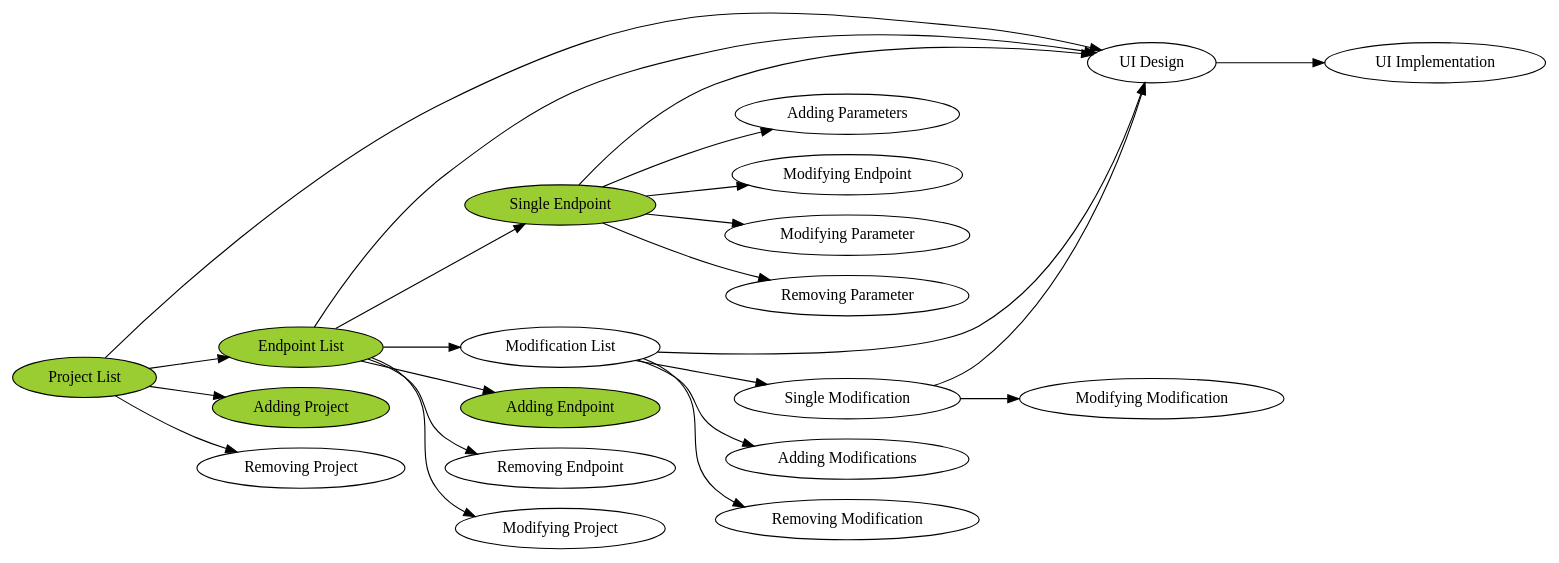
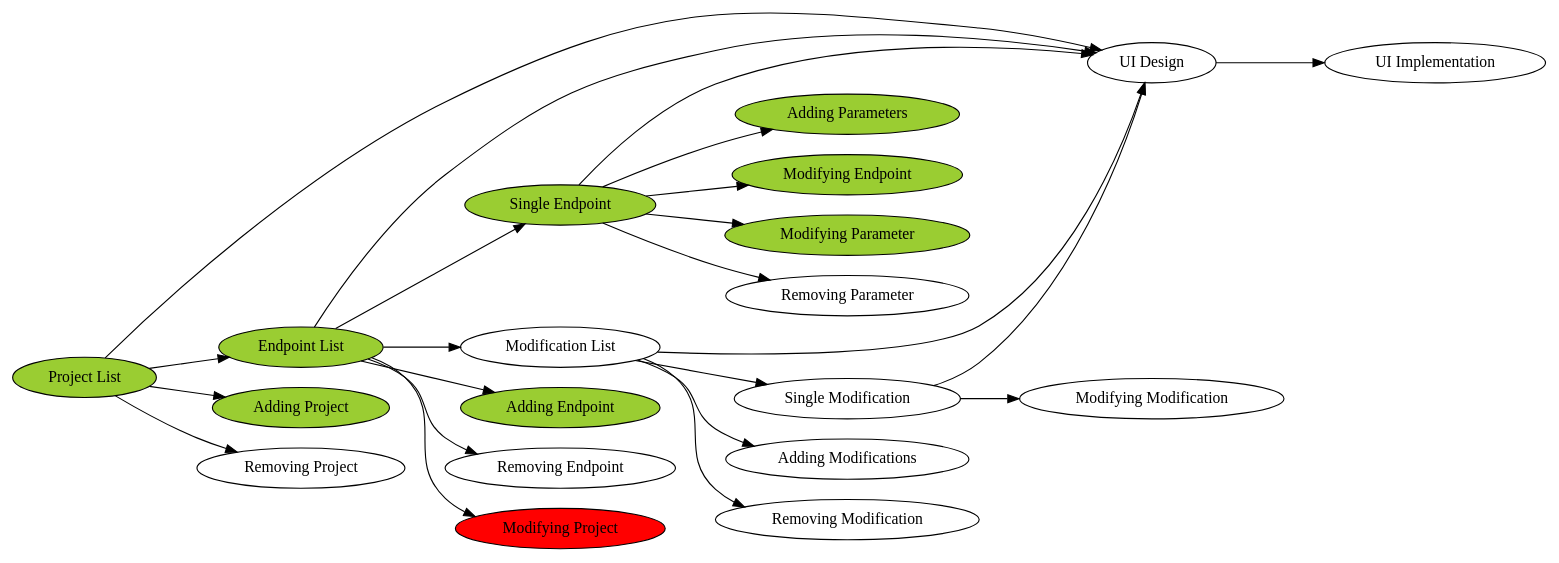
The diagram in doc/tasks.dot (jaccek/endpoint-mock), drawn with Graphviz before and after one commit. The commit also changed 5 other files, not shown here.

```diff
--- a/doc/tasks.dot
+++ b/doc/tasks.dot
@@ -1,61 +1,61 @@
 digraph {
     //layout = circo;
     //mindist = .5;
     rankdir=LR;
 
     disp_project_list -> ui_design;
     disp_project_list -> disp_endpoint_list;
     disp_project_list -> adding_project;
     disp_project_list -> removing_project;
 
     disp_endpoint_list -> ui_design;
     disp_endpoint_list -> disp_single_endpoint;
     disp_endpoint_list -> disp_modification_list;
     disp_endpoint_list -> adding_endpoint;
     disp_endpoint_list -> removing_endpoint;
     disp_endpoint_list -> modifying_project;
 
     disp_single_endpoint -> ui_design;
     disp_single_endpoint -> adding_parameter;
     disp_single_endpoint -> modifying_endpoint;
     disp_single_endpoint -> modifying_parameter;
     disp_single_endpoint -> removing_parameter;
 
     disp_modification_list -> ui_design;
     disp_modification_list -> disp_single_modification;
     disp_modification_list -> adding_modification;
     disp_modification_list -> removing_modification;
 
     disp_single_modification -> ui_design;
     disp_single_modification -> modifying_modification;
 
     ui_design -> ui_implementation;
 
 
 
 
     disp_project_list           [label="Project List", style="filled", fillcolor="yellowgreen"];
     disp_endpoint_list          [label="Endpoint List", style="filled", fillcolor="yellowgreen"];
     disp_modification_list      [label="Modification List"];
-    
+
     disp_single_endpoint        [label="Single Endpoint", style="filled", fillcolor="yellowgreen"];
     disp_single_modification    [label="Single Modification"];
 
     ui_implementation   [label="UI Implementation"];
     ui_design           [label="UI Design"];
 
     adding_project          [label="Adding Project", style="filled", fillcolor="yellowgreen"];
     adding_endpoint         [label="Adding Endpoint", style="filled", fillcolor="yellowgreen"];
-    adding_parameter        [label="Adding Parameters"];
+    adding_parameter        [label="Adding Parameters", style="filled", fillcolor="yellowgreen"];
     adding_modification     [label="Adding Modifications"];
 
-    modifying_project       [label="Modifying Project"];
-    modifying_endpoint      [label="Modifying Endpoint"];
-    modifying_parameter     [label="Modifying Parameter"];
+    modifying_project       [label="Modifying Project", style="filled", fillcolor="red"];
+    modifying_endpoint      [label="Modifying Endpoint", style="filled", fillcolor="yellowgreen"];
+    modifying_parameter     [label="Modifying Parameter", style="filled", fillcolor="yellowgreen"];
     modifying_modification  [label="Modifying Modification"];
 
     removing_project        [label="Removing Project"];
     removing_endpoint       [label="Removing Endpoint"];
     removing_parameter      [label="Removing Parameter"];
     removing_modification   [label="Removing Modification"];
 }
```
